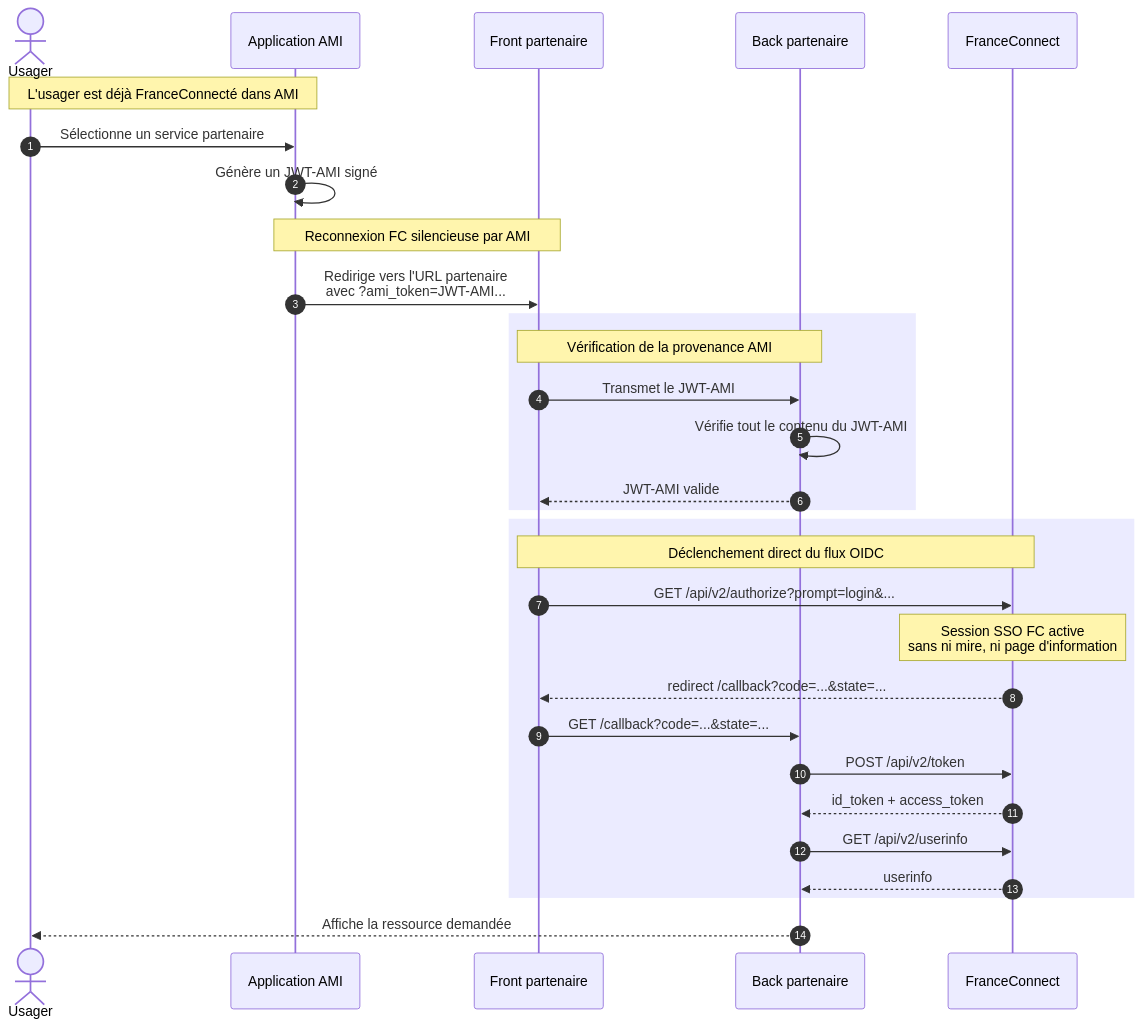
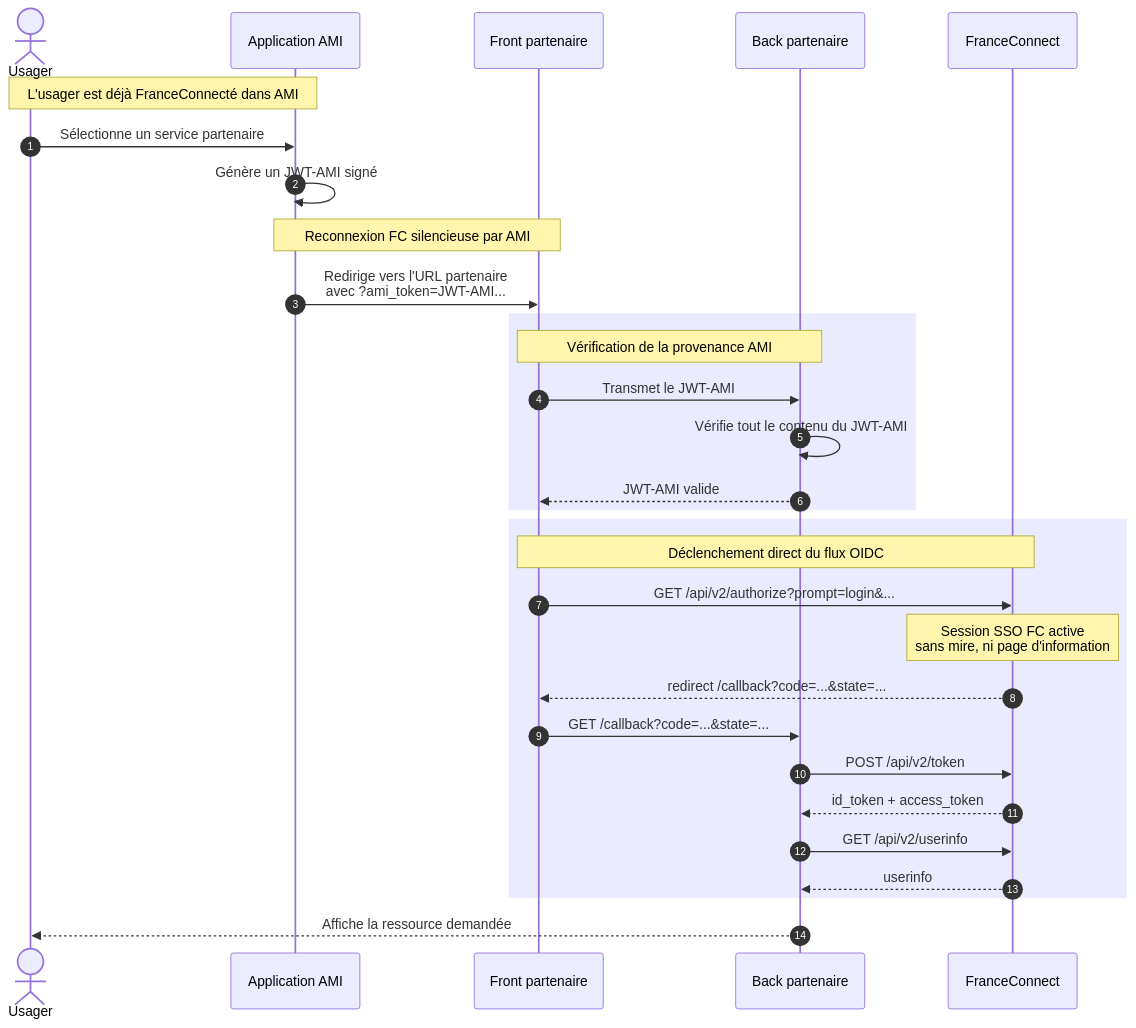
The first of 2 diagrams in site/content/fr/intégrations_partenaires/france-connexion-direct.md (numerique-gouv/ami-system-tests), drawn with Mermaid before and after one commit. The commit also changed other lines of this file, not shown here.

````diff
--- a/site/content/fr/intégrations_partenaires/france-connexion-direct.md
+++ b/site/content/fr/intégrations_partenaires/france-connexion-direct.md
@@ -99,35 +99,35 @@
 ```mermaid
 sequenceDiagram
     autonumber
     actor U as Usager
     participant AMI as Application AMI
     participant PFront as Front partenaire
     participant PBack as Back partenaire
     participant FC as FranceConnect
 
     Note over U,AMI: L'usager est déjà FranceConnecté dans AMI
     U->>AMI: Sélectionne un service partenaire
     AMI->>AMI: Génère un JWT-AMI signé
     Note over AMI,PFront: Reconnexion FC silencieuse par AMI
     AMI->>PFront: Redirige vers l'URL partenaire<br/> avec ?ami_token=JWT-AMI...
 
     rect rgba(0, 0, 255, 0.08)
     Note over PFront,PBack: Vérification de la provenance AMI
     PFront->>PBack: Transmet le JWT-AMI
     PBack->>PBack: Vérifie tout le contenu du JWT-AMI
     PBack-->>PFront: JWT-AMI valide
     end
 
     rect rgba(0, 0, 255, 0.08)
     Note over PFront,FC: Déclenchement direct du flux OIDC
     PFront->>FC: GET /api/v2/authorize?prompt=login&...
-    Note over FC: Session SSO FC active<br/>sans ni mire, ni page d'information
+    Note over FC: Session SSO FC active<br/>sans mire, ni page d'information
     FC-->>PFront: redirect /callback?code=...&state=...
     PFront->>PBack: GET /callback?code=...&state=...
     PBack->>FC: POST /api/v2/token
     FC-->>PBack: id_token + access_token
     PBack->>FC: GET /api/v2/userinfo
     FC-->>PBack: userinfo
     end
     PBack-->>U: Affiche la ressource demandée
 ```
````
